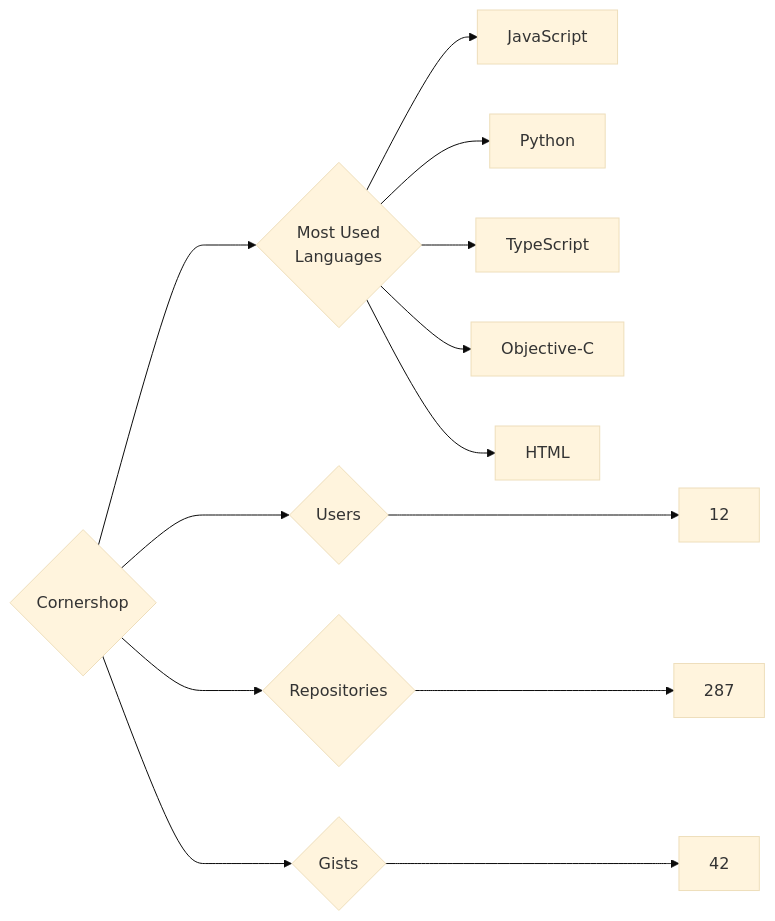
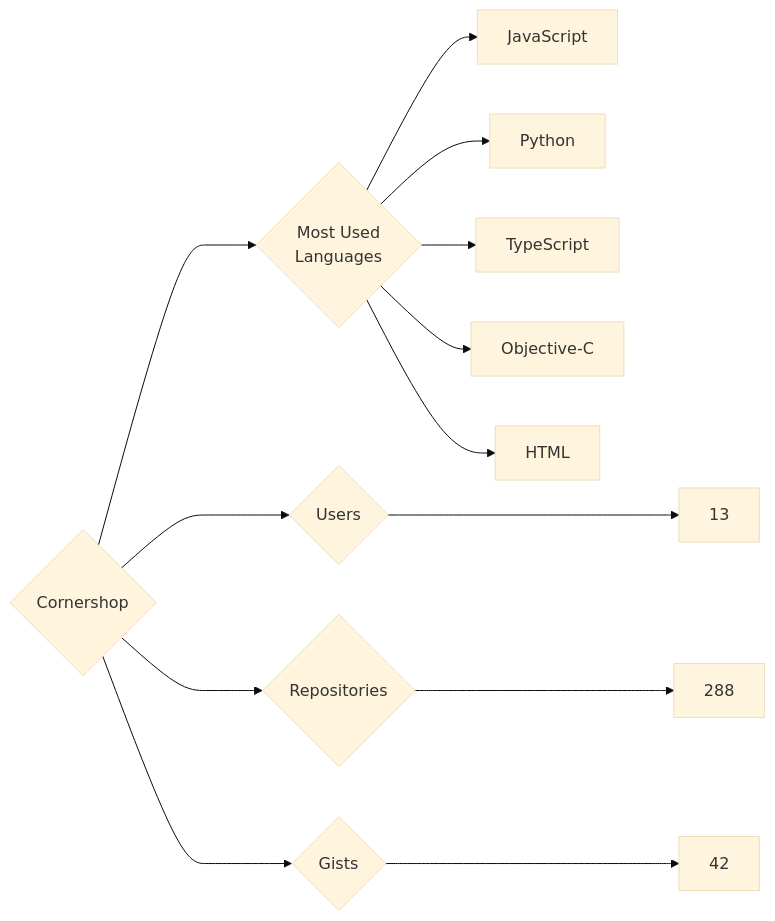
One commit to trickest/insiders changed the diagram in targets/Cornershop/README.md. Above: the diagram before and after it, drawn with Mermaid (base theme). The commit also changed 679 other files, not shown here.

````diff
--- a/targets/Cornershop/README.md
+++ b/targets/Cornershop/README.md
@@ -3,13 +3,13 @@
 ```mermaid
 graph LR
 COMPANY_NAME{Cornershop}
-COMPANY_NAME ---> U{Users} ---> UN[12]
-COMPANY_NAME ---> R{Repositories} ---> RN[287]
+COMPANY_NAME ---> U{Users} ---> UN[13]
+COMPANY_NAME ---> R{Repositories} ---> RN[288]
 COMPANY_NAME ---> G{Gists} ---> GN[42]
 COMPANY_NAME ---> ML{Most Used<br>Languages}
 ML --> JavaScript[JavaScript]
 ML --> Python[Python]
 ML --> TypeScript[TypeScript]
 ML --> Objective-C[Objective-C]
 ML --> HTML[HTML]
 ```
````
